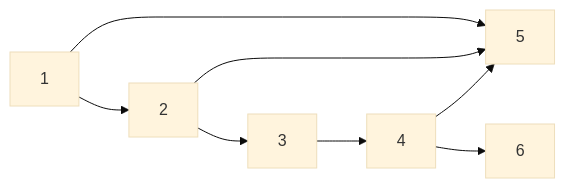
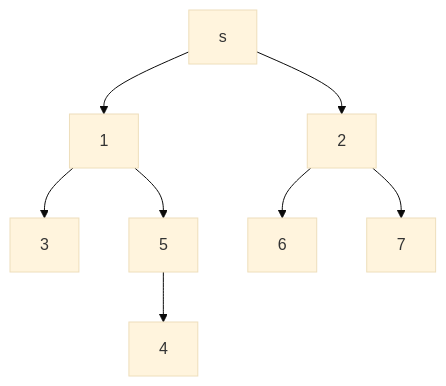
One commit to soku1203/soku1203.github.io changed the diagram in _posts/2022-04-21-Ford-Fulkerson Algorithm.md. Above: the diagram before and after it, drawn with Mermaid (base theme). The commit also changed other lines of this file, not shown here.

Commit message:
2022-04-28

````diff
--- a/_posts/2022-04-21-Ford-Fulkerson Algorithm.md
+++ b/_posts/2022-04-21-Ford-Fulkerson Algorithm.md
@@ -28,16 +28,18 @@
 ```mermaid
-graph LR;
-    A[1]
-    B[2]
-    C[3]
-    D[4]
-    E[5]
-    F[6]
+graph TB;
+    A[s]
+    B[1]
+    C[2]
+    D[3]
+    E[4]
+    F[5]
+    G[6]
+    H[7]
     A-->B;
-    A-->E;
-    B-->E;
-    B-->C;
-    C-->D;
-    D-->E;
-    D-->F;
+    A-->C;
+    B-->D;
+    B-->F;
+    F-->E;
+    C-->G;
+    C-->H;
 ```
````
